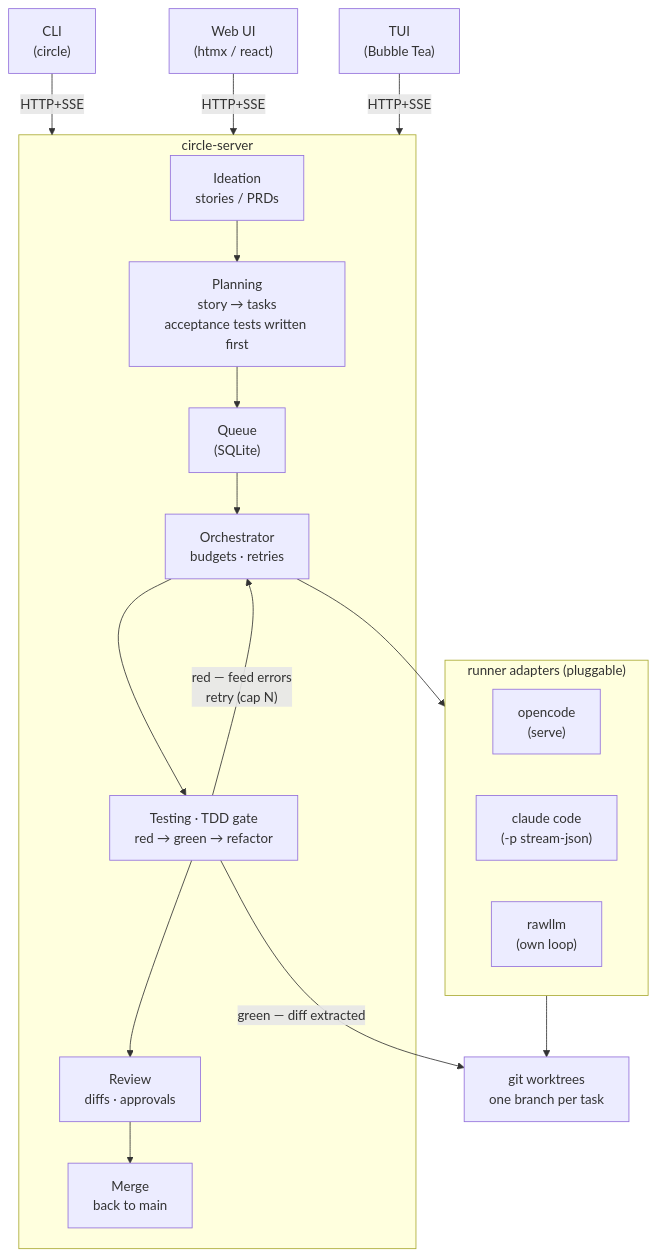
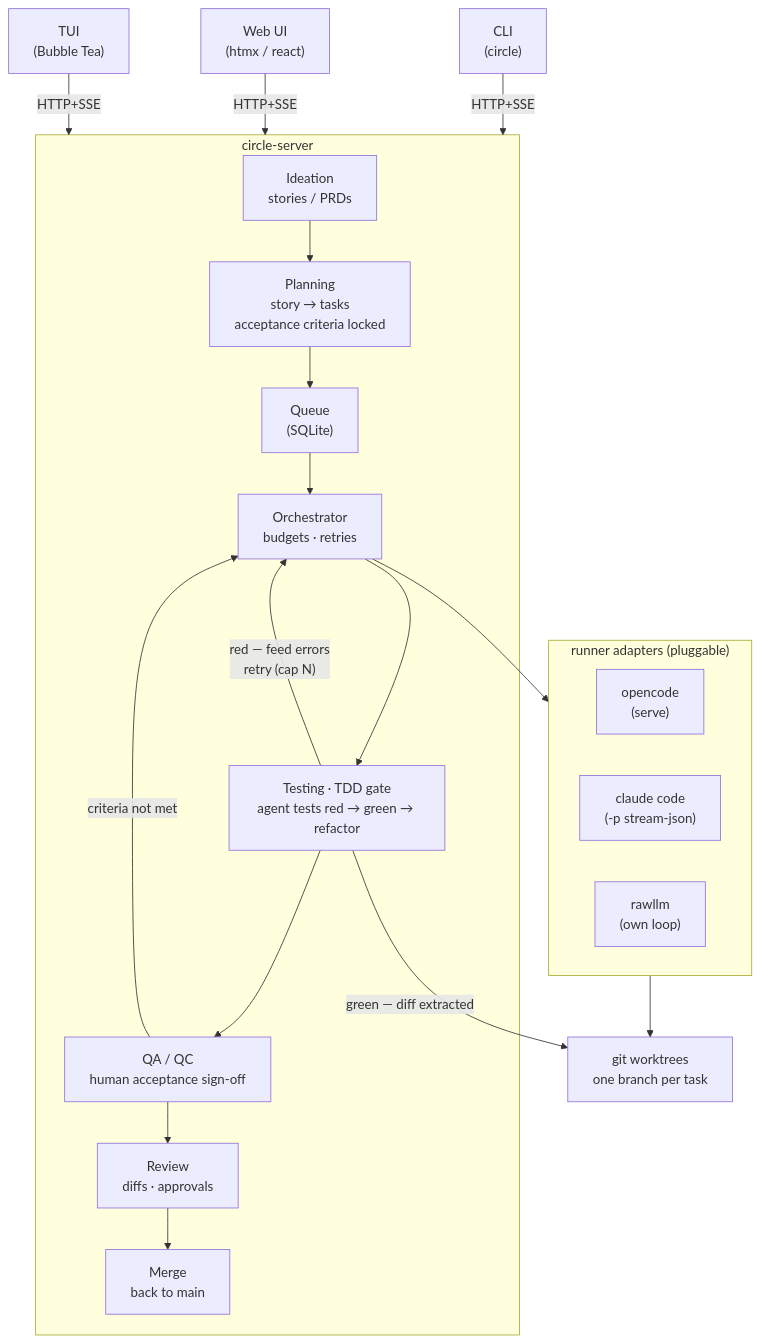
The diagram in docs/LIFECYCLE.md (jalusw/circle), drawn with Mermaid before and after one commit. The commit also changed other lines of this file and 1 other file, not shown here.

Commit message:
docs: split testing into human QA/QC gate and agent TDD gate

````diff
--- a/docs/LIFECYCLE.md
+++ b/docs/LIFECYCLE.md
@@ -7,33 +7,35 @@
 ```mermaid
 flowchart TB
     Web["Web UI<br/>(htmx / react)"]
     TUI["TUI<br/>(Bubble Tea)"]
     CLI["CLI<br/>(circle)"]
 
     subgraph Server["circle-server"]
         Intake["Ideation<br/>stories / PRDs"]
-        Plan["Planning<br/>story → tasks<br/>acceptance tests written first"]
+        Plan["Planning<br/>story → tasks<br/>acceptance criteria locked"]
         Queue["Queue<br/>(SQLite)"]
         Orch["Orchestrator<br/>budgets · retries"]
-        Test["Testing · TDD gate<br/>red → green → refactor"]
+        Test["Testing · TDD gate<br/>agent tests red → green → refactor"]
+        QA["QA / QC<br/>human acceptance sign-off"]
         Review["Review<br/>diffs · approvals"]
         Merge["Merge<br/>back to main"]
-        Intake --> Plan --> Queue --> Orch --> Test --> Review --> Merge
+        Intake --> Plan --> Queue --> Orch --> Test --> QA --> Review --> Merge
         Test -->|"red — feed errors<br/>retry (cap N)"| Orch
+        QA -->|"criteria not met"| Orch
     end
 
     subgraph Runners["runner adapters (pluggable)"]
         OC["opencode<br/>(serve)"]
         CC["claude code<br/>(-p stream-json)"]
         RAW["rawllm<br/>(own loop)"]
     end
 
     Worktrees["git worktrees<br/>one branch per task"]
 
     CLI -->|HTTP+SSE| Server
     Web -->|HTTP+SSE| Server
     TUI -->|HTTP+SSE| Server
     Orch --> Runners
     Runners --> Worktrees
     Test -->|"green — diff extracted"| Worktrees
 ```
````
